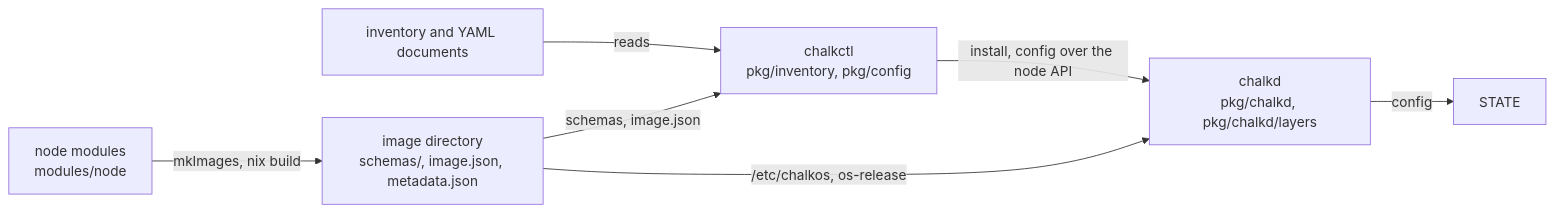
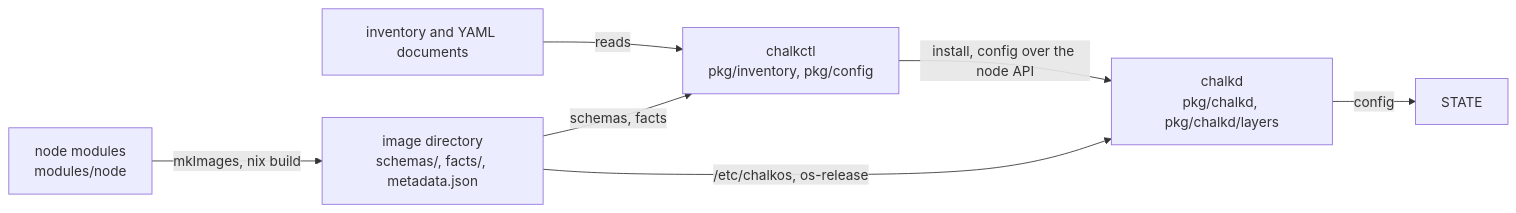
The first of 2 diagrams in docs/contribute/architecture.md (trevex/chalkos), drawn with Mermaid before and after one commit. The commit also changed other lines of this file and 7 other files, not shown here.

Commit message:
docs: describe the image directory's facts/ in place of image.json

````diff
--- a/docs/contribute/architecture.md
+++ b/docs/contribute/architecture.md
@@ -51,9 +52,9 @@
 ```mermaid
 flowchart LR
-    modules["node modules<br/>modules/node"] -->|mkImages, nix build| image["image directory<br/>schemas/, image.json, metadata.json"]
+    modules["node modules<br/>modules/node"] -->|mkImages, nix build| image["image directory<br/>schemas/, facts/, metadata.json"]
     yaml["inventory and YAML documents"] -->|reads| chalkctl["chalkctl<br/>pkg/inventory, pkg/config"]
-    image -->|schemas, image.json| chalkctl
+    image -->|schemas, facts| chalkctl
     chalkctl -->|install, config over the node API| chalkd["chalkd<br/>pkg/chalkd, pkg/chalkd/layers"]
     image -->|/etc/chalkos, os-release| chalkd
     chalkd -->|config| state["STATE"]
 ```
````
